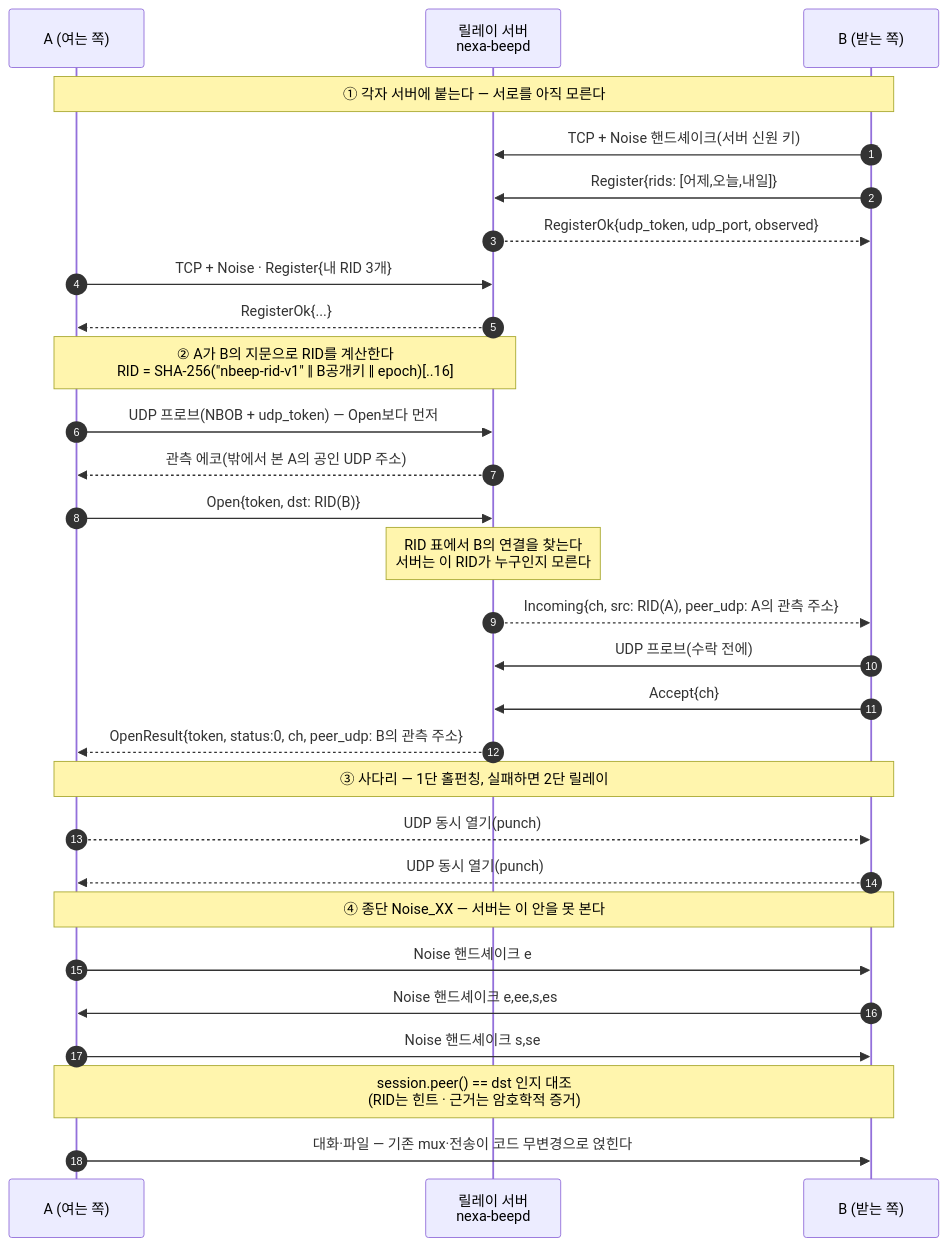
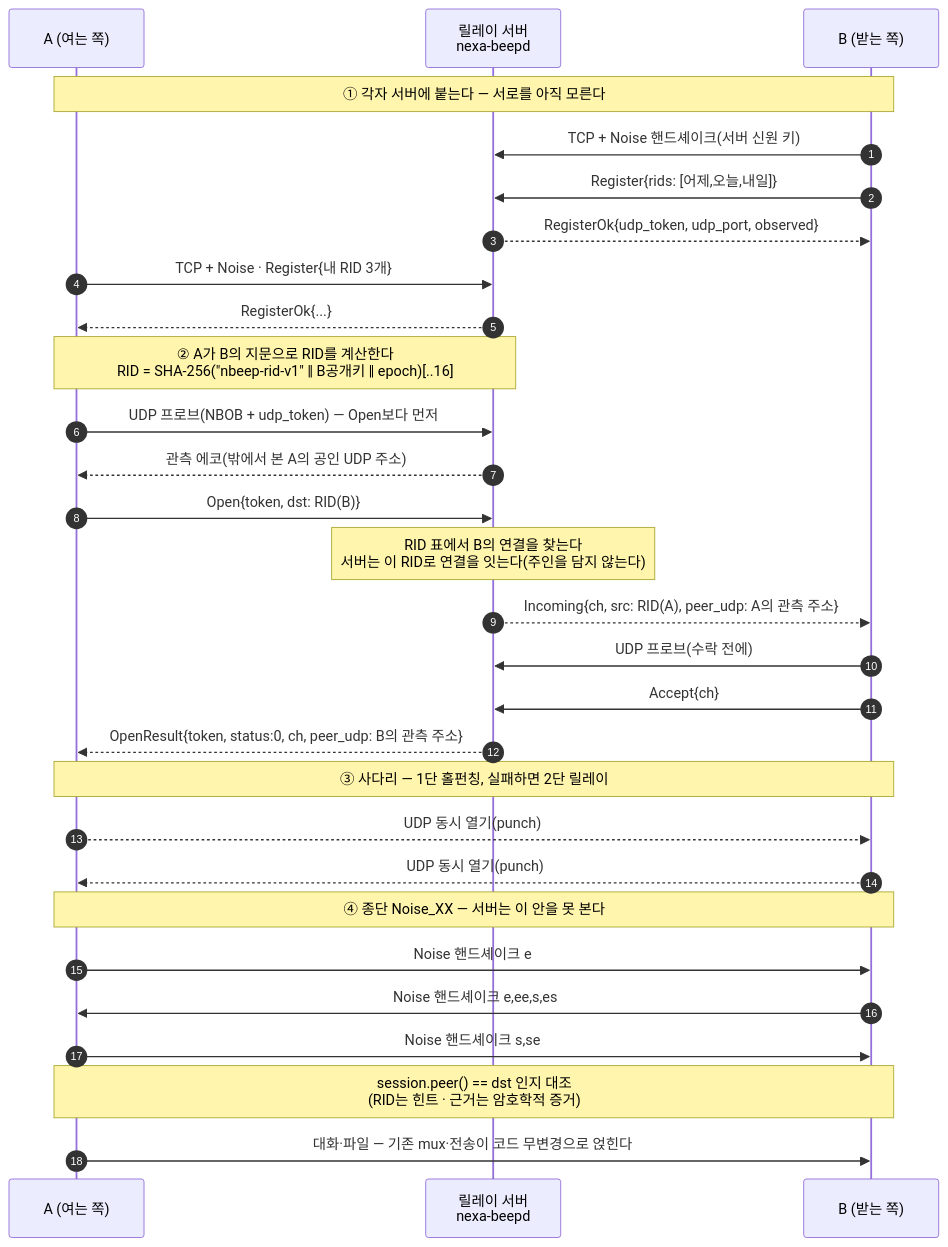
The first of 3 diagrams in docs/42-relay-rendezvous-walkthrough.md (SosomLab/nexa-beep), drawn with Mermaid before and after one commit. The commit also changed other lines of this file and 6 other files, not shown here.

````diff
--- a/docs/42-relay-rendezvous-walkthrough.md
+++ b/docs/42-relay-rendezvous-walkthrough.md
@@ -21,36 +23,36 @@
 ```mermaid
 sequenceDiagram
     autonumber
     participant A as A (여는 쪽)
     participant S as 릴레이 서버<br/>nexa-beepd
     participant B as B (받는 쪽)
 
     Note over A,B: ① 각자 서버에 붙는다 — 서로를 아직 모른다
     B->>S: TCP + Noise 핸드셰이크(서버 신원 키)
     B->>S: Register{rids: [어제,오늘,내일]}
     S-->>B: RegisterOk{udp_token, udp_port, observed}
     A->>S: TCP + Noise · Register{내 RID 3개}
     S-->>A: RegisterOk{...}
 
     Note over A,S: ② A가 B의 지문으로 RID를 계산한다<br/>RID = SHA-256("nbeep-rid-v1" ‖ B공개키 ‖ epoch)[..16]
     A->>S: UDP 프로브(NBOB + udp_token) — Open보다 먼저
     S-->>A: 관측 에코(밖에서 본 A의 공인 UDP 주소)
     A->>S: Open{token, dst: RID(B)}
 
-    Note over S: RID 표에서 B의 연결을 찾는다<br/>서버는 이 RID가 누구인지 모른다
+    Note over S: RID 표에서 B의 연결을 찾는다<br/>서버는 이 RID로 연결을 잇는다(주인을 담지 않는다)
     S-->>B: Incoming{ch, src: RID(A), peer_udp: A의 관측 주소}
     B->>S: UDP 프로브(수락 전에)
     B->>S: Accept{ch}
     S-->>A: OpenResult{token, status:0, ch, peer_udp: B의 관측 주소}
 
     Note over A,B: ③ 사다리 — 1단 홀펀칭, 실패하면 2단 릴레이
     A-->>B: UDP 동시 열기(punch)
     B-->>A: UDP 동시 열기(punch)
 
     Note over A,B: ④ 종단 Noise_XX — 서버는 이 안을 못 본다
     A->>B: Noise 핸드셰이크 e
     B->>A: Noise 핸드셰이크 e,ee,s,es
     A->>B: Noise 핸드셰이크 s,se
     Note over A,B: session.peer() == dst 인지 대조<br/>(RID는 힌트 · 근거는 암호학적 증거)
     A->>B: 대화·파일 — 기존 mux·전송이 코드 무변경으로 얹힌다
 ```
````
